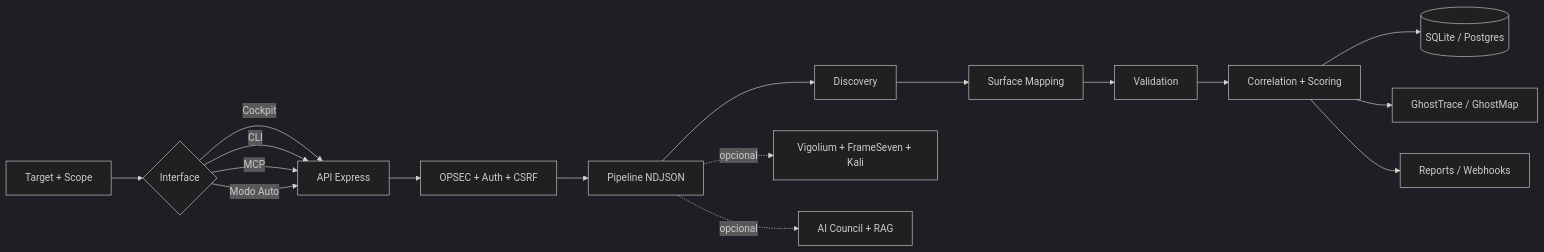
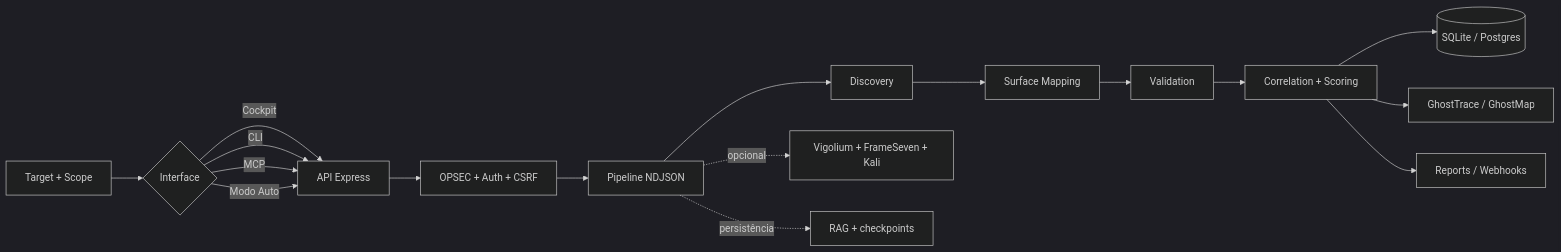
Before and after one commit to Samuel-Ziger/GHOSTRECON: the diagram in README.md, drawn with Mermaid (dark theme). The commit also changed other lines of this file and 1613 other files, not shown here.

````diff
--- a/README.md
+++ b/README.md
@@ -182,19 +182,19 @@
 ```mermaid
 flowchart LR
     A[Target + Scope] --> B{Interface}
     B -->|Cockpit| C[API Express]
     B -->|CLI| C
     B -->|MCP| C
     B -->|Modo Auto| C
     C --> D[OPSEC + Auth + CSRF]
     D --> E[Pipeline NDJSON]
     E --> F[Discovery]
     F --> G[Surface Mapping]
     G --> H[Validation]
     H --> I[Correlation + Scoring]
     I --> J[(SQLite / Postgres)]
     I --> K[GhostTrace / GhostMap]
     I --> L[Reports / Webhooks]
     E -. opcional .-> M[Vigolium + FrameSeven + Kali]
-    E -. opcional .-> N[AI Council + RAG]
+    E -. persistência .-> N[RAG + checkpoints]
 ```
````
